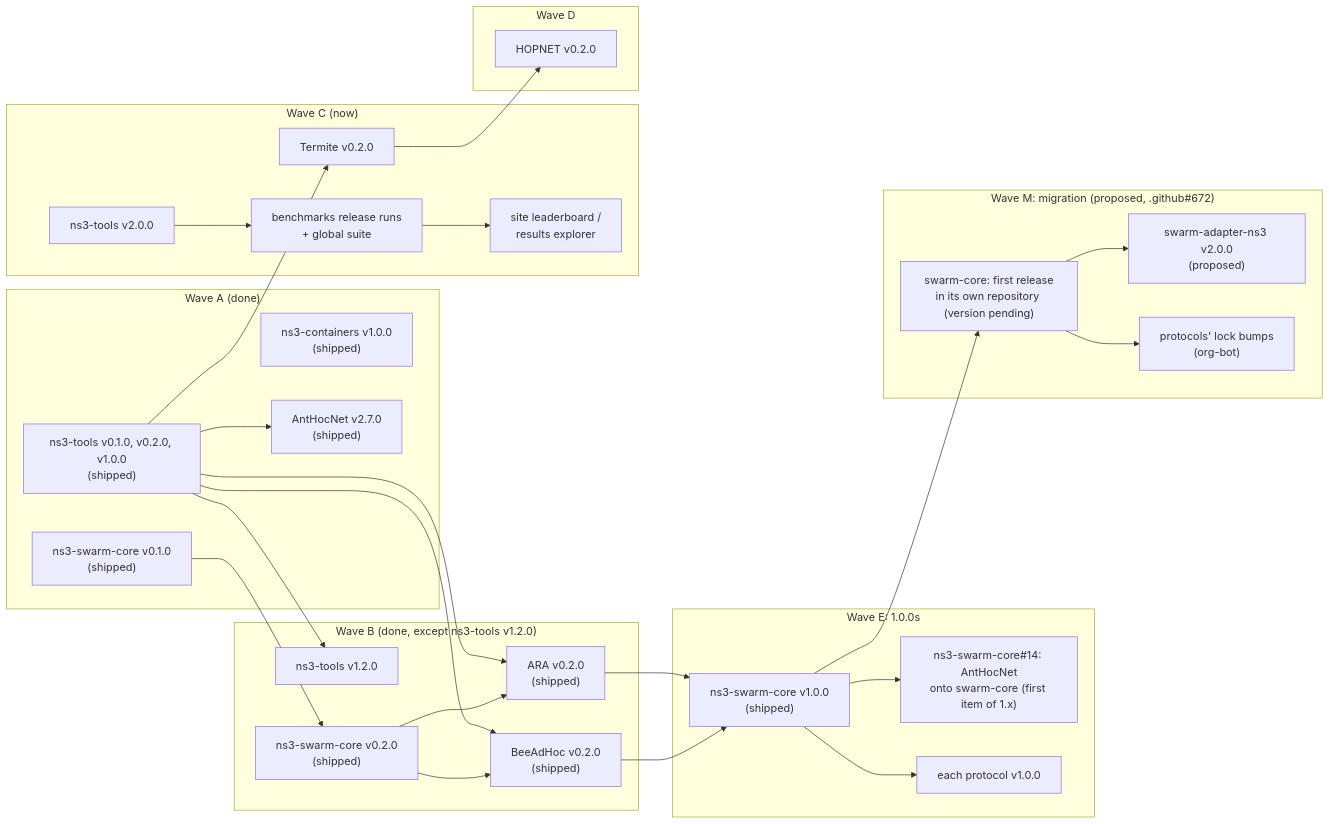
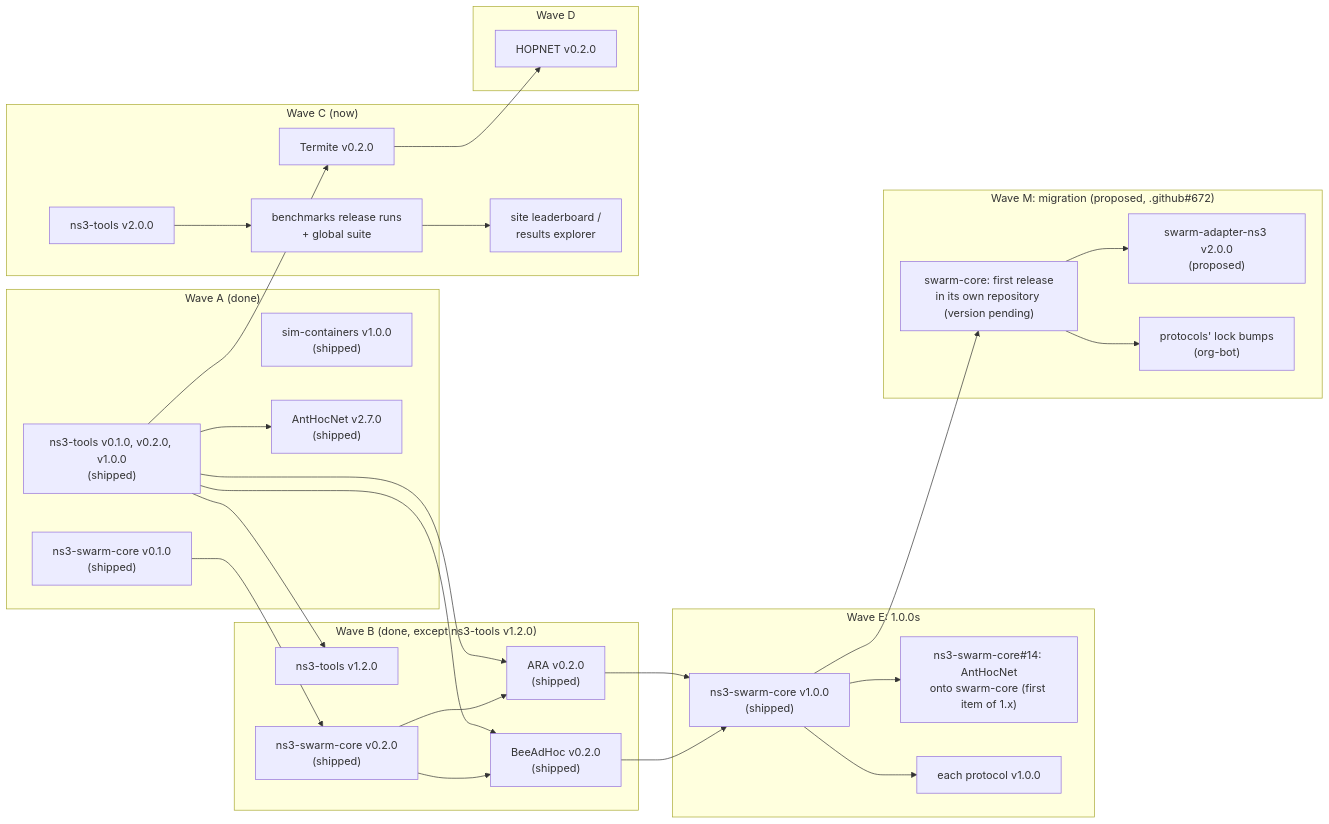
The third of 3 diagrams in ROADMAP.md (swarm-routing/.github), drawn with Mermaid before and after one commit. The commit also changed other lines of this file and 10 other files, not shown here.

First line of the commit message:
docs: rename ns3-containers references to sim-containers (#878)

````diff
--- a/ROADMAP.md
+++ b/ROADMAP.md
@@ -864,52 +864,52 @@
 ```mermaid
 flowchart LR
   subgraph A["Wave A (done)"]
     T1["ns3-tools v0.1.0, v0.2.0, v1.0.0<br/>(shipped)"]
-    NC["ns3-containers v1.0.0<br/>(shipped)"]
+    NC["sim-containers v1.0.0<br/>(shipped)"]
     C1["ns3-swarm-core v0.1.0<br/>(shipped)"]
     AH["AntHocNet v2.7.0<br/>(shipped)"]
   end
   subgraph B["Wave B (done, except ns3-tools v1.2.0)"]
     T2["ns3-tools v1.2.0"]
     C2["ns3-swarm-core v0.2.0<br/>(shipped)"]
     ARA2["ARA v0.2.0<br/>(shipped)"]
     BEE2["BeeAdHoc v0.2.0<br/>(shipped)"]
   end
   subgraph C["Wave C (now)"]
     TER2["Termite v0.2.0"]
     T3["ns3-tools v2.0.0"]
     BM["benchmarks release runs<br/>+ global suite"]
     SITE["site leaderboard /<br/>results explorer"]
   end
   subgraph D["Wave D"]
     HOP2["HOPNET v0.2.0"]
   end
   subgraph E["Wave E: 1.0.0s"]
     C10["ns3-swarm-core v1.0.0<br/>(shipped)"]
     I14["ns3-swarm-core#14: AntHocNet<br/>onto swarm-core (first item of 1.x)"]
     P10["each protocol v1.0.0"]
   end
   subgraph M["Wave M: migration (proposed, .github#672)"]
     SC1["swarm-core: first release<br/>in its own repository (version pending)"]
     SA2["swarm-adapter-ns3 v2.0.0<br/>(proposed)"]
     LB["protocols' lock bumps<br/>(org-bot)"]
   end
   T1 --> AH
   T1 --> T2
   C1 --> C2
   T1 --> ARA2
   C2 --> ARA2
   T1 --> BEE2
   C2 --> BEE2
   T1 --> TER2
   T3 --> BM
   BM --> SITE
   TER2 --> HOP2
   ARA2 --> C10
   BEE2 --> C10
   C10 --> I14
   C10 --> P10
   C10 --> SC1
   SC1 --> SA2
   SC1 --> LB
 ```
````
